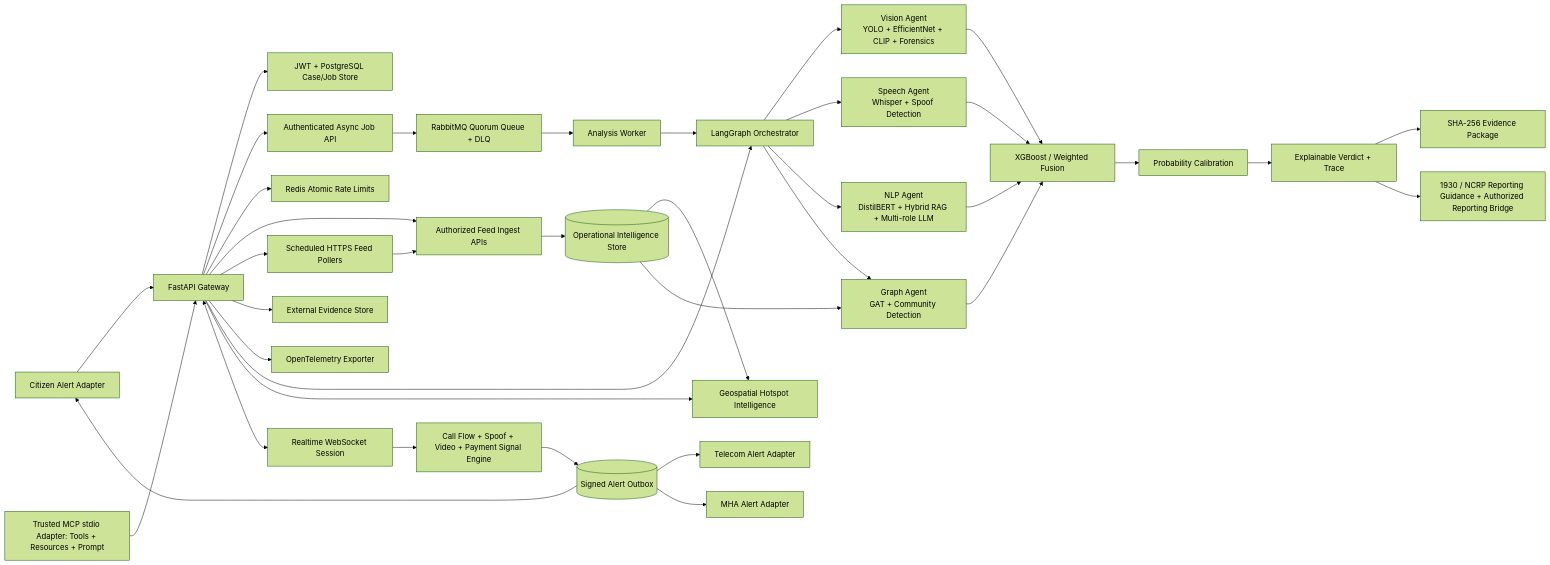
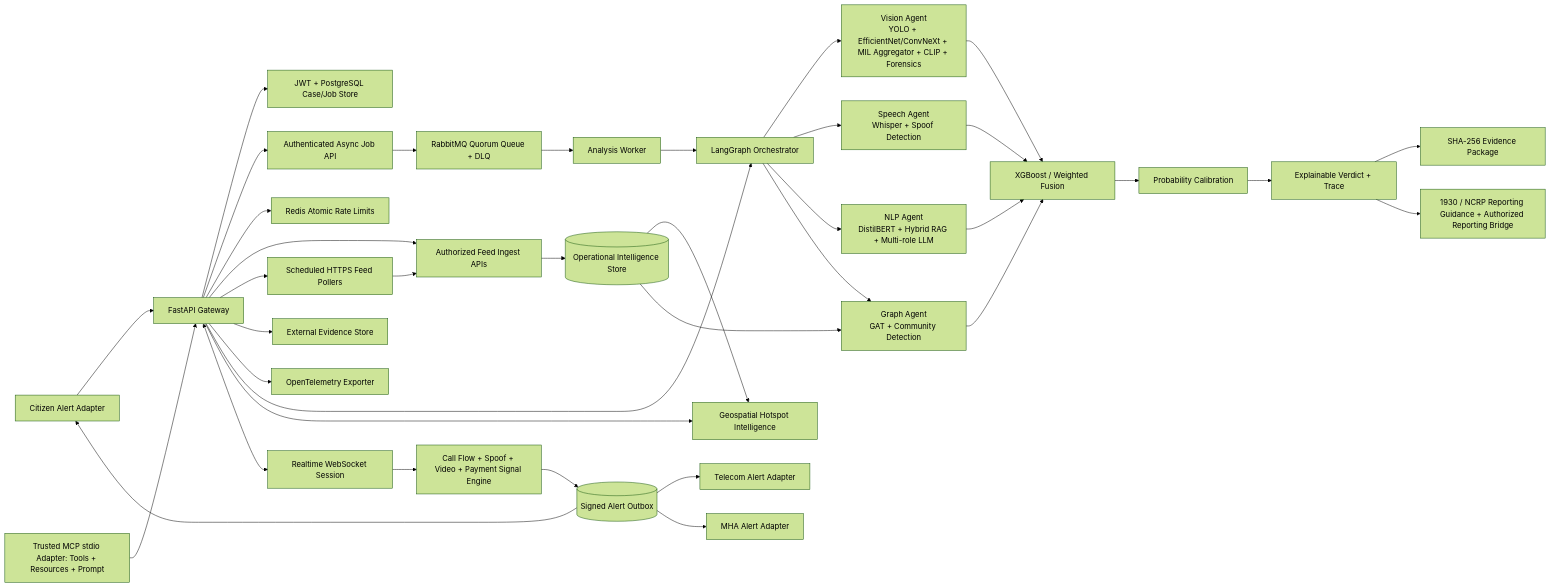
One commit to umeshgupta05/ET-AI-Hackathon changed the diagram in docs/ARCHITECTURE.md. Above: the diagram before and after it, drawn with Mermaid (forest theme). The commit also changed 1 other file, not shown here.

Commit message:
docs: update vision architecture descriptions to reflect Pre-Norm MIL Aggregator and SimCLR additions

````diff
--- a/docs/ARCHITECTURE.md
+++ b/docs/ARCHITECTURE.md
@@ -3,39 +3,39 @@
 ```mermaid
 flowchart LR
     Citizen[Citizen / Bank / Officer] --> API[FastAPI Gateway]
     API --> Auth[JWT + PostgreSQL Case/Job Store]
     API --> Jobs[Authenticated Async Job API]
     Jobs --> RMQ[RabbitMQ Quorum Queue + DLQ]
     RMQ --> Worker[Analysis Worker]
     Worker --> LG
     API --> Redis[Redis Atomic Rate Limits]
     API --> Ingest[Authorized Feed Ingest APIs]
     API --> Poll[Scheduled HTTPS Feed Pollers]
     Poll --> Ingest
     Ingest --> Ops[(Operational Intelligence Store)]
     Ops --> Geo
     Ops --> G
     API --> Obj[External Evidence Store]
     API --> OTel[OpenTelemetry Exporter]
     MCP[Trusted MCP stdio Adapter: Tools + Resources + Prompt] --> API
     API --> LG[LangGraph Orchestrator]
-    LG --> V[Vision Agent\nYOLO + EfficientNet + CLIP + Forensics]
+    LG --> V[Vision Agent\nYOLO + EfficientNet/ConvNeXt + MIL Aggregator + CLIP + Forensics]
     LG --> S[Speech Agent\nWhisper + Spoof Detection]
     LG --> N[NLP Agent\nDistilBERT + Hybrid RAG + Multi-role LLM]
     LG --> G[Graph Agent\nGAT + Community Detection]
     V --> F[XGBoost / Weighted Fusion]
     S --> F
     N --> F
     G --> F
     F --> C[Probability Calibration]
     C --> D[Explainable Verdict + Trace]
     D --> E[SHA-256 Evidence Package]
     D --> R[1930 / NCRP Reporting Guidance + Authorized Reporting Bridge]
     API --> Geo[Geospatial Hotspot Intelligence]
     API <--> WS[Realtime WebSocket Session]
     WS --> RT[Call Flow + Spoof + Video + Payment Signal Engine]
     RT --> AO[(Signed Alert Outbox)]
     AO --> Citizen[Citizen Alert Adapter]
     AO --> Telecom[Telecom Alert Adapter]
     AO --> MHA[MHA Alert Adapter]
 ```
````
